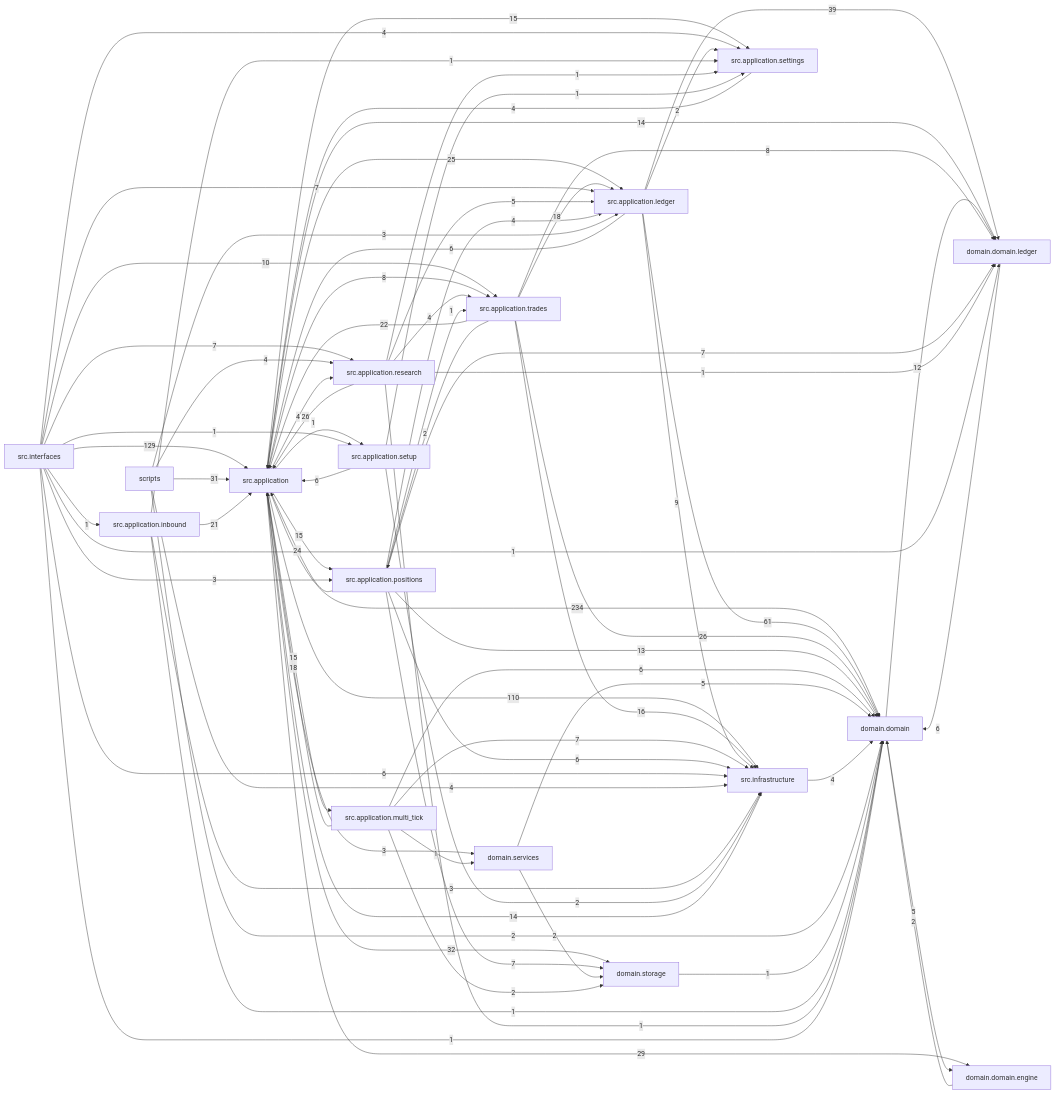
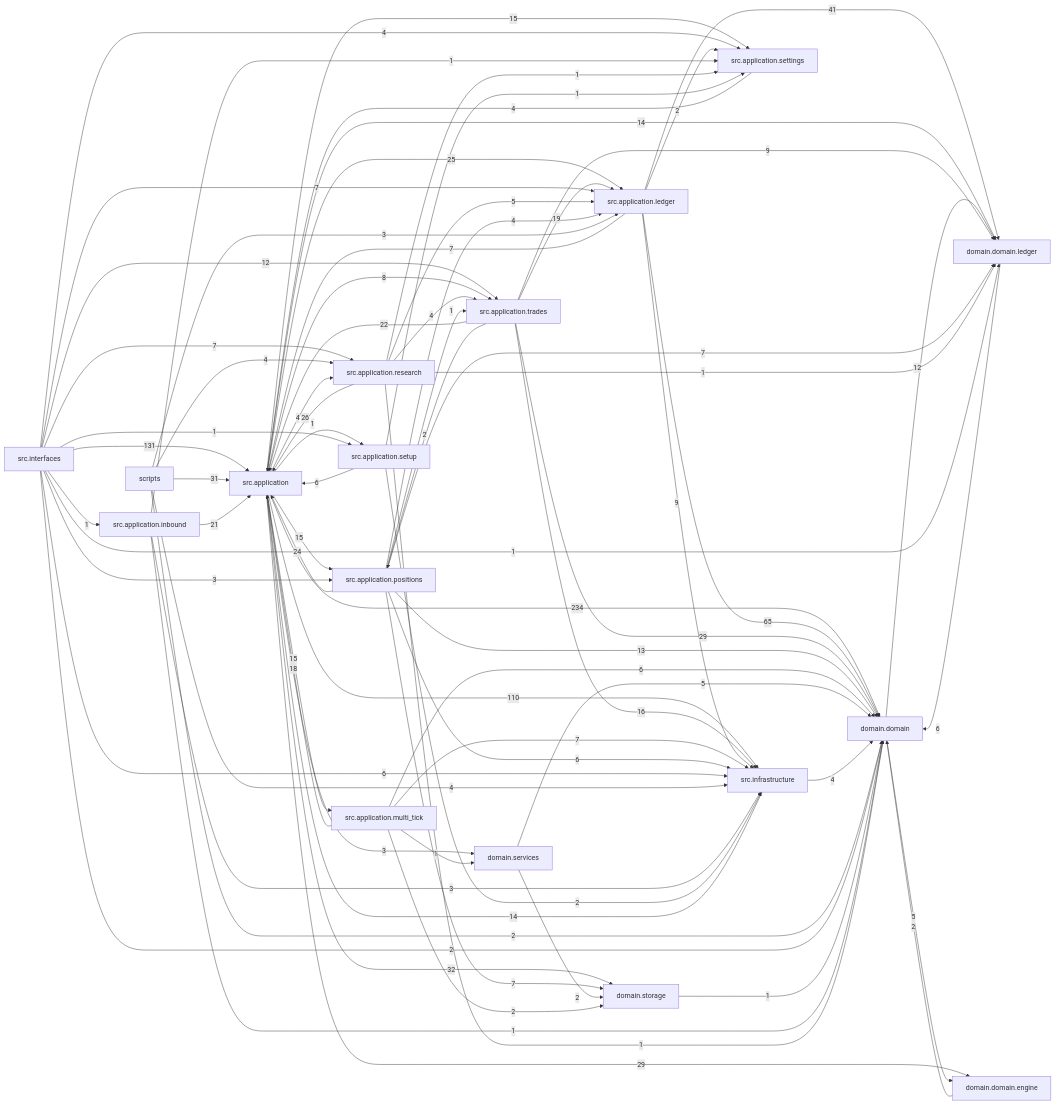
The diagram in docs/dependency_graph.mmd (liuxie066/options-monitor), drawn with Mermaid before and after one commit. The commit also changed 40 other files, not shown here.

```diff
--- a/docs/dependency_graph.mmd
+++ b/docs/dependency_graph.mmd
@@ -1,76 +1,76 @@
 flowchart LR
   src_application["src.application"] -->|234| domain_domain["domain.domain"]
-  src_interfaces["src.interfaces"] -->|129| src_application["src.application"]
+  src_interfaces["src.interfaces"] -->|131| src_application["src.application"]
   src_application["src.application"] -->|110| src_infrastructure["src.infrastructure"]
-  src_application_ledger["src.application.ledger"] -->|61| domain_domain["domain.domain"]
-  src_application_ledger["src.application.ledger"] -->|39| domain_domain_ledger["domain.domain.ledger"]
+  src_application_ledger["src.application.ledger"] -->|65| domain_domain["domain.domain"]
+  src_application_ledger["src.application.ledger"] -->|41| domain_domain_ledger["domain.domain.ledger"]
   src_application["src.application"] -->|32| domain_storage["domain.storage"]
   scripts["scripts"] -->|31| src_application["src.application"]
   src_application["src.application"] -->|29| domain_domain_engine["domain.domain.engine"]
+  src_application_trades["src.application.trades"] -->|29| domain_domain["domain.domain"]
   src_application_research["src.application.research"] -->|26| src_application["src.application"]
-  src_application_trades["src.application.trades"] -->|26| domain_domain["domain.domain"]
   src_application["src.application"] -->|25| src_application_ledger["src.application.ledger"]
   src_application_positions["src.application.positions"] -->|24| src_application["src.application"]
   src_application_trades["src.application.trades"] -->|22| src_application["src.application"]
   src_application_inbound["src.application.inbound"] -->|21| src_application["src.application"]
+  src_application_trades["src.application.trades"] -->|19| src_application_ledger["src.application.ledger"]
   src_application_multi_tick["src.application.multi_tick"] -->|18| src_application["src.application"]
-  src_application_trades["src.application.trades"] -->|18| src_application_ledger["src.application.ledger"]
   src_application_trades["src.application.trades"] -->|16| src_infrastructure["src.infrastructure"]
   src_application["src.application"] -->|15| src_application_multi_tick["src.application.multi_tick"]
   src_application["src.application"] -->|15| src_application_positions["src.application.positions"]
   src_application["src.application"] -->|15| src_application_settings["src.application.settings"]
   src_application["src.application"] -->|14| domain_domain_ledger["domain.domain.ledger"]
   src_infrastructure["src.infrastructure"] -->|14| src_application["src.application"]
   src_application_positions["src.application.positions"] -->|13| domain_domain["domain.domain"]
   domain_domain["domain.domain"] -->|12| domain_domain_ledger["domain.domain.ledger"]
-  src_interfaces["src.interfaces"] -->|10| src_application_trades["src.application.trades"]
+  src_interfaces["src.interfaces"] -->|12| src_application_trades["src.application.trades"]
   src_application_ledger["src.application.ledger"] -->|9| src_infrastructure["src.infrastructure"]
+  src_application_trades["src.application.trades"] -->|9| domain_domain_ledger["domain.domain.ledger"]
   src_application["src.application"] -->|8| src_application_trades["src.application.trades"]
-  src_application_trades["src.application.trades"] -->|8| domain_domain_ledger["domain.domain.ledger"]
+  src_application_ledger["src.application.ledger"] -->|7| src_application["src.application"]
   src_application_multi_tick["src.application.multi_tick"] -->|7| src_infrastructure["src.infrastructure"]
   src_application_positions["src.application.positions"] -->|7| domain_domain_ledger["domain.domain.ledger"]
   src_application_positions["src.application.positions"] -->|7| domain_storage["domain.storage"]
   src_interfaces["src.interfaces"] -->|7| src_application_ledger["src.application.ledger"]
   src_interfaces["src.interfaces"] -->|7| src_application_research["src.application.research"]
   domain_domain_ledger["domain.domain.ledger"] -->|6| domain_domain["domain.domain"]
-  src_application_ledger["src.application.ledger"] -->|6| src_application["src.application"]
   src_application_multi_tick["src.application.multi_tick"] -->|6| domain_domain["domain.domain"]
   src_application_positions["src.application.positions"] -->|6| src_infrastructure["src.infrastructure"]
   src_application_setup["src.application.setup"] -->|6| src_application["src.application"]
   src_interfaces["src.interfaces"] -->|6| src_infrastructure["src.infrastructure"]
   domain_domain["domain.domain"] -->|5| domain_domain_engine["domain.domain.engine"]
   domain_services["domain.services"] -->|5| domain_domain["domain.domain"]
   src_application_research["src.application.research"] -->|5| src_application_ledger["src.application.ledger"]
   scripts["scripts"] -->|4| src_application_research["src.application.research"]
   scripts["scripts"] -->|4| src_infrastructure["src.infrastructure"]
   src_application["src.application"] -->|4| src_application_research["src.application.research"]
   src_application_positions["src.application.positions"] -->|4| src_application_ledger["src.application.ledger"]
   src_application_research["src.application.research"] -->|4| src_application_trades["src.application.trades"]
   src_application_settings["src.application.settings"] -->|4| src_application["src.application"]
   src_infrastructure["src.infrastructure"] -->|4| domain_domain["domain.domain"]
   src_interfaces["src.interfaces"] -->|4| src_application_settings["src.application.settings"]
   scripts["scripts"] -->|3| src_application_ledger["src.application.ledger"]
   src_application["src.application"] -->|3| domain_services["domain.services"]
   src_application_inbound["src.application.inbound"] -->|3| src_infrastructure["src.infrastructure"]
   src_interfaces["src.interfaces"] -->|3| src_application_positions["src.application.positions"]
   domain_domain_engine["domain.domain.engine"] -->|2| domain_domain["domain.domain"]
   domain_services["domain.services"] -->|2| domain_storage["domain.storage"]
   scripts["scripts"] -->|2| domain_domain["domain.domain"]
   src_application_ledger["src.application.ledger"] -->|2| src_application_settings["src.application.settings"]
   src_application_multi_tick["src.application.multi_tick"] -->|2| domain_storage["domain.storage"]
   src_application_setup["src.application.setup"] -->|2| src_infrastructure["src.infrastructure"]
   src_application_trades["src.application.trades"] -->|2| src_application_positions["src.application.positions"]
+  src_interfaces["src.interfaces"] -->|2| domain_domain["domain.domain"]
   domain_storage["domain.storage"] -->|1| domain_domain["domain.domain"]
   src_application["src.application"] -->|1| src_application_setup["src.application.setup"]
   src_application_inbound["src.application.inbound"] -->|1| domain_domain["domain.domain"]
   src_application_inbound["src.application.inbound"] -->|1| src_application_settings["src.application.settings"]
   src_application_multi_tick["src.application.multi_tick"] -->|1| domain_services["domain.services"]
   src_application_positions["src.application.positions"] -->|1| src_application_trades["src.application.trades"]
   src_application_research["src.application.research"] -->|1| domain_domain["domain.domain"]
   src_application_research["src.application.research"] -->|1| domain_domain_ledger["domain.domain.ledger"]
   src_application_research["src.application.research"] -->|1| src_application_settings["src.application.settings"]
   src_application_setup["src.application.setup"] -->|1| src_application_settings["src.application.settings"]
-  src_interfaces["src.interfaces"] -->|1| domain_domain["domain.domain"]
   src_interfaces["src.interfaces"] -->|1| domain_domain_ledger["domain.domain.ledger"]
   src_interfaces["src.interfaces"] -->|1| src_application_inbound["src.application.inbound"]
   src_interfaces["src.interfaces"] -->|1| src_application_setup["src.application.setup"]
```
